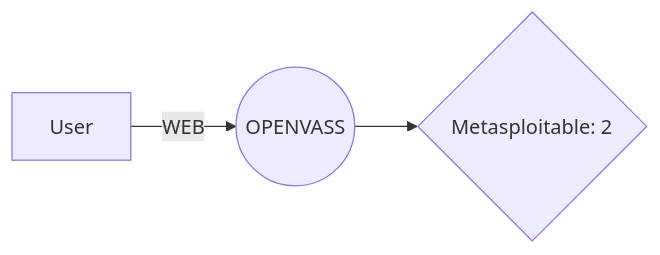
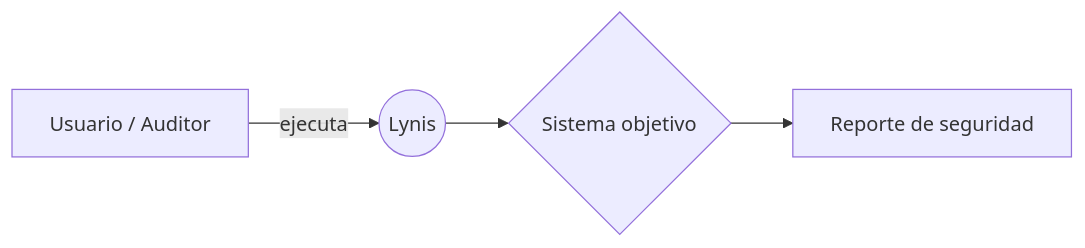
The diagram in README.md (LorenzoPorrasDuque/Lynis-guide), drawn with Mermaid before and after one commit. The commit also changed other lines of this file and 5 other files, not shown here.

````diff
--- a/README.md
+++ b/README.md
@@ -3,6 +3,6 @@
 ```mermaid
 graph LR
-A[User] -- WEB --> B((OPENVASS))
-B --> D{Metasploitable: 2}
-
+    A[Usuario / Auditor] -- ejecuta --> B((Lynis))
+    B --> C{Sistema objetivo}
+    C --> D[Reporte de seguridad]
 ```
````
